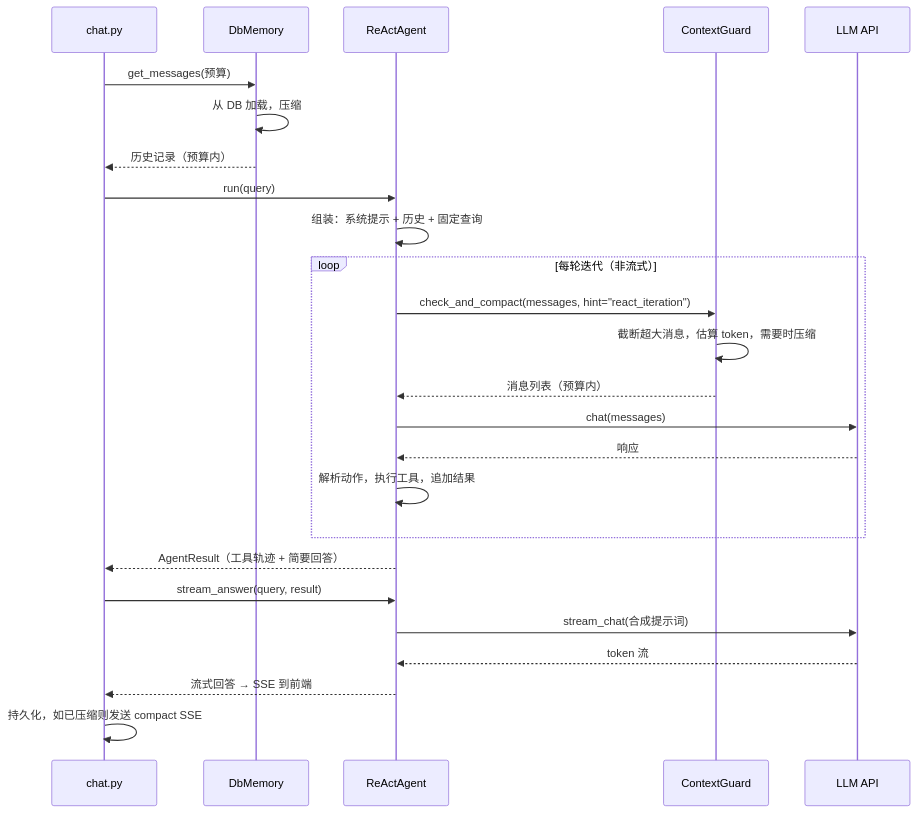
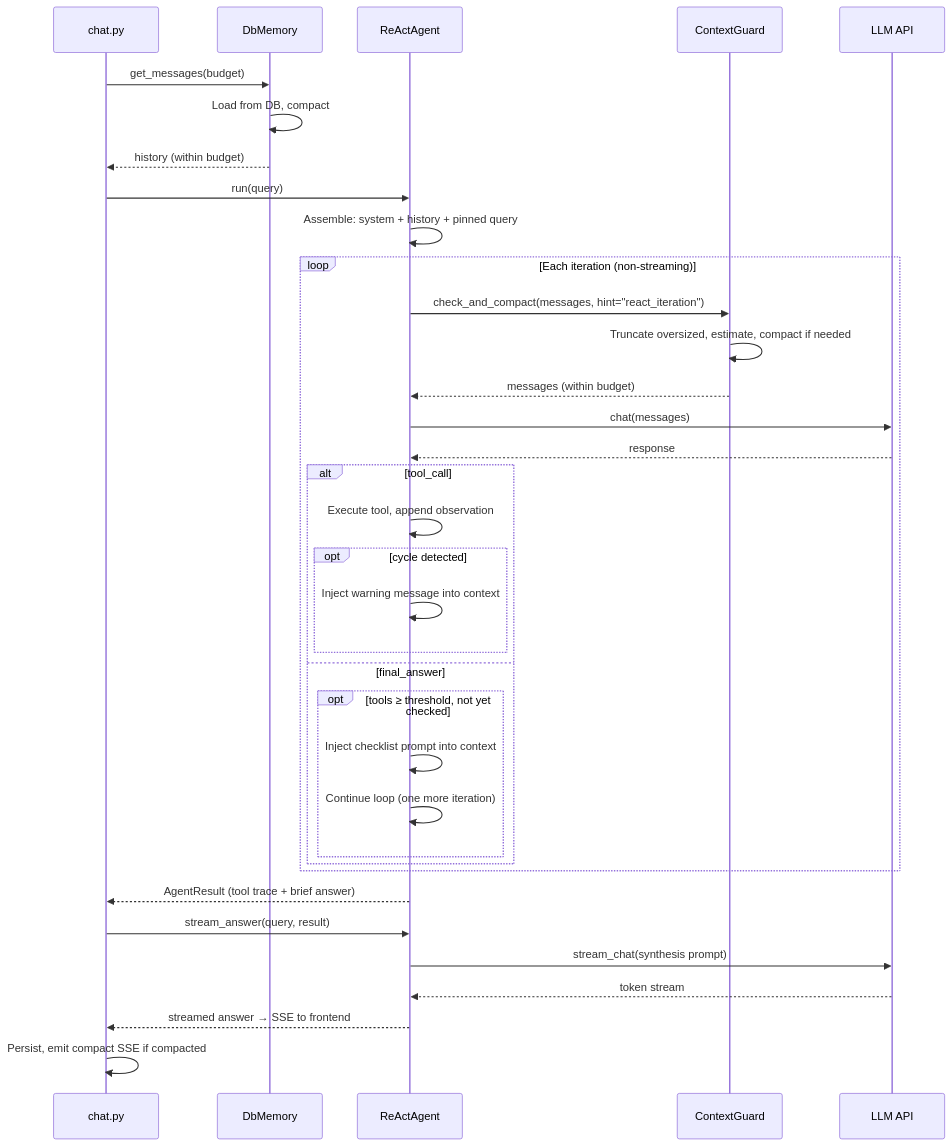
One commit to fim-ai/fim-agent changed the second of 3 diagrams in docs/zh/architecture/context-management.mdx. Above: the diagram before and after it, drawn with Mermaid. The commit also changed other lines of this file and 5 other files, not shown here.

First line of the commit message:
docs: update context-management mermaid with cycle detection and checklist

````diff
--- a/docs/zh/architecture/context-management.mdx
+++ b/docs/zh/architecture/context-management.mdx
@@ -139,31 +139,41 @@
 ```mermaid
 sequenceDiagram
     participant Chat as chat.py
     participant Db as DbMemory
     participant Agent as ReActAgent
     participant CG as ContextGuard
     participant LLM as LLM API
 
-    Chat->>Db: get_messages(预算)
-    Db->>Db: 从 DB 加载，压缩
-    Db-->>Chat: 历史记录（预算内）
+    Chat->>Db: get_messages(budget)
+    Db->>Db: Load from DB, compact
+    Db-->>Chat: history (within budget)
 
     Chat->>Agent: run(query)
-    Agent->>Agent: 组装：系统提示 + 历史 + 固定查询
+    Agent->>Agent: Assemble: system + history + pinned query
 
-    loop 每轮迭代（非流式）
+    loop Each iteration (non-streaming)
         Agent->>CG: check_and_compact(messages, hint="react_iteration")
-        CG->>CG: 截断超大消息，估算 token，需要时压缩
-        CG-->>Agent: 消息列表（预算内）
+        CG->>CG: Truncate oversized, estimate, compact if needed
+        CG-->>Agent: messages (within budget)
         Agent->>LLM: chat(messages)
-        LLM-->>Agent: 响应
-        Agent->>Agent: 解析动作，执行工具，追加结果
+        LLM-->>Agent: response
+        alt tool_call
+            Agent->>Agent: Execute tool, append observation
+            opt cycle detected
+                Agent->>Agent: Inject warning message into context
+            end
+        else final_answer
+            opt tools ≥ threshold, not yet checked
+                Agent->>Agent: Inject checklist prompt into context
+                Agent->>Agent: Continue loop (one more iteration)
+            end
+        end
     end
 
-    Agent-->>Chat: AgentResult（工具轨迹 + 简要回答）
+    Agent-->>Chat: AgentResult (tool trace + brief answer)
     Chat->>Agent: stream_answer(query, result)
-    Agent->>LLM: stream_chat(合成提示词)
-    LLM-->>Agent: token 流
-    Agent-->>Chat: 流式回答 → SSE 到前端
-    Chat->>Chat: 持久化，如已压缩则发送 compact SSE
+    Agent->>LLM: stream_chat(synthesis prompt)
+    LLM-->>Agent: token stream
+    Agent-->>Chat: streamed answer → SSE to frontend
+    Chat->>Chat: Persist, emit compact SSE if compacted
 ```
````
